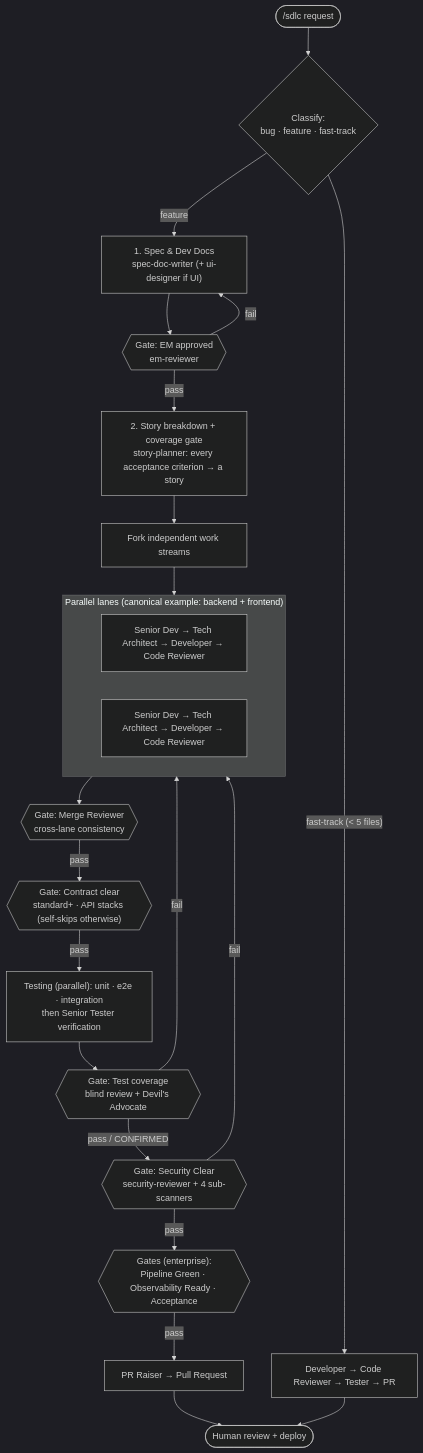
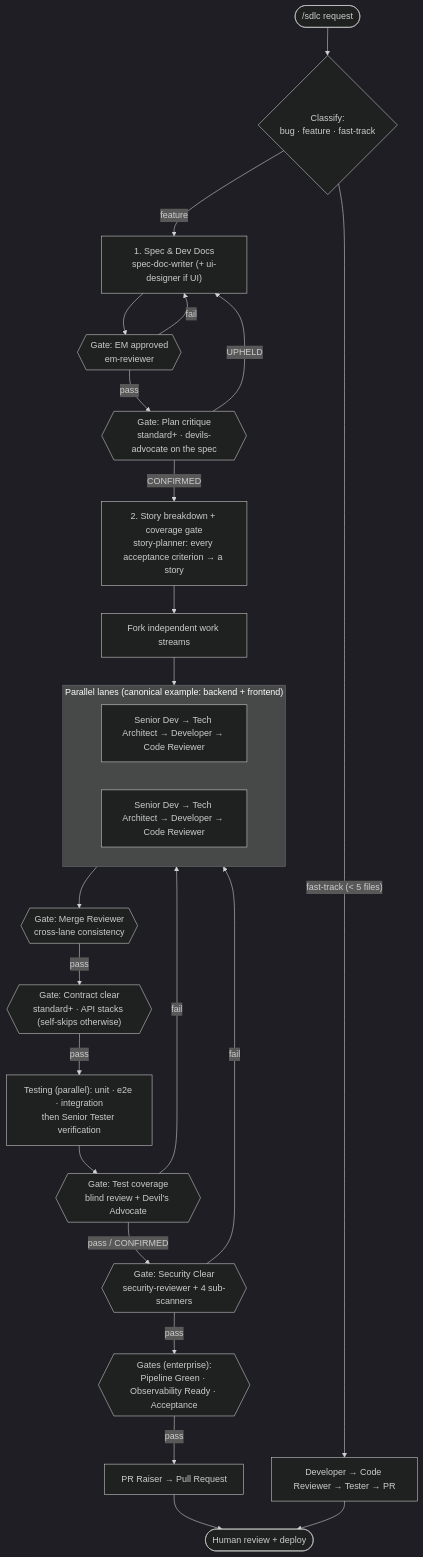
The third of 4 diagrams in docs/architecture.md (ajyadav013/claude-kit), drawn with Mermaid (dark theme) before and after one commit. The commit also changed other lines of this file and 26 other files, not shown here.

````diff
--- a/docs/architecture.md
+++ b/docs/architecture.md
@@ -86,33 +86,35 @@
 ```mermaid
 flowchart TD
     REQ(["/sdlc request"]) --> CLS{"Classify:<br/>bug · feature · fast-track"}
 
     CLS -->|"feature"| SPEC["1. Spec & Dev Docs<br/>spec-doc-writer (+ ui-designer if UI)"]
     SPEC --> EM{{"Gate: EM approved<br/>em-reviewer"}}
 
-    EM -->|"pass"| STORY["2. Story breakdown + coverage gate<br/>story-planner: every acceptance criterion → a story"]
+    EM -->|"pass"| PC{{"Gate: Plan critique<br/>standard+ · devils-advocate on the spec"}}
+    PC -->|"CONFIRMED"| STORY["2. Story breakdown + coverage gate<br/>story-planner: every acceptance criterion → a story"]
     STORY --> FORK["Fork independent work streams"]
     subgraph LANES["Parallel lanes (canonical example: backend + frontend)"]
         direction LR
         L1["Senior Dev → Tech Architect → Developer → Code Reviewer"]
         L2["Senior Dev → Tech Architect → Developer → Code Reviewer"]
     end
     FORK --> LANES
     LANES --> MR1{{"Gate: Merge Reviewer<br/>cross-lane consistency"}}
 
     MR1 -->|"pass"| CC{{"Gate: Contract clear<br/>standard+ · API stacks (self-skips otherwise)"}}
     CC -->|"pass"| TEST["Testing (parallel): unit · e2e · integration<br/>then Senior Tester verification"]
     TEST --> TCG{{"Gate: Test coverage<br/>blind review + Devil's Advocate"}}
 
     TCG -->|"pass / CONFIRMED"| SEC{{"Gate: Security Clear<br/>security-reviewer + 4 sub-scanners"}}
     SEC -->|"pass"| OPS{{"Gates (enterprise):<br/>Pipeline Green · Observability Ready · Acceptance"}}
     OPS -->|"pass"| PR["PR Raiser → Pull Request"]
     PR --> HUMAN(["Human review + deploy"])
 
     CLS -->|"fast-track (< 5 files)"| FT["Developer → Code Reviewer → Tester → PR"]
     FT --> HUMAN
 
     EM -->|"fail"| SPEC
+    PC -->|"UPHELD"| SPEC
     TCG -->|"fail"| LANES
     SEC -->|"fail"| LANES
 ```
````
